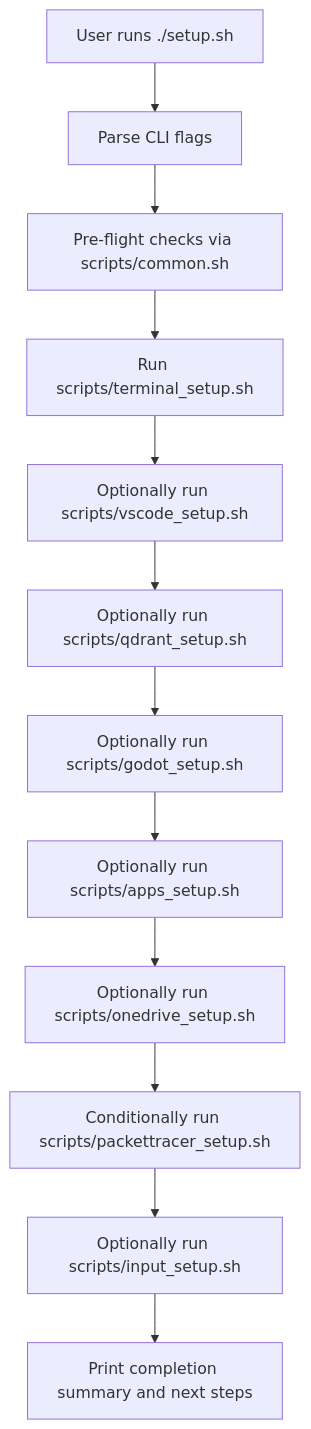
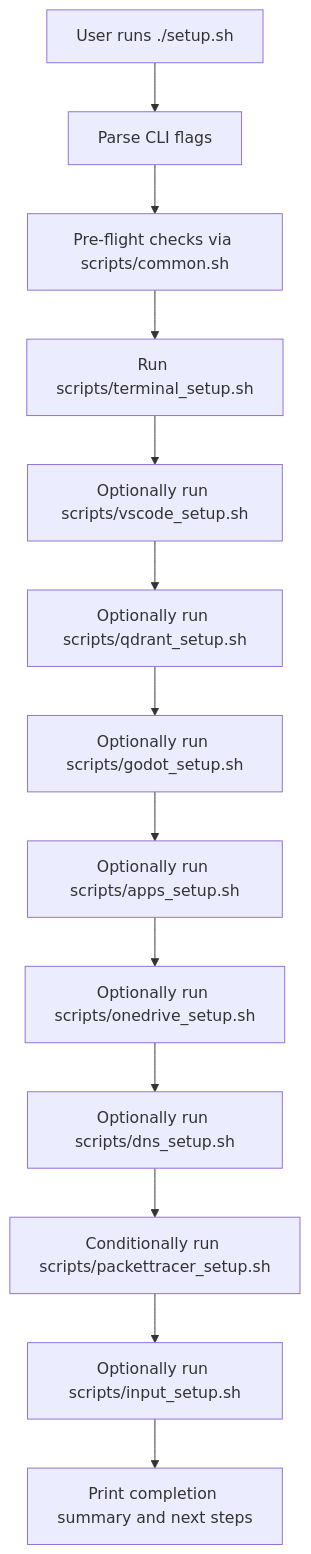
The diagram in .kilocode/rules/memory-bank/architecture.md (haingt-dev/workstation-setup), drawn with Mermaid before and after one commit. The commit also changed other lines of this file and 2 other files, not shown here.

Commit message:
docs: update memory bank for DNS setup feature

````diff
--- a/.kilocode/rules/memory-bank/architecture.md
+++ b/.kilocode/rules/memory-bank/architecture.md
@@ -44,14 +45,15 @@
 ```mermaid
 flowchart TD
   A[User runs ./setup.sh] --> B[Parse CLI flags]
   B --> C[Pre-flight checks via scripts/common.sh]
   C --> D[Run scripts/terminal_setup.sh]
   D --> E[Optionally run scripts/vscode_setup.sh]
   E --> F[Optionally run scripts/qdrant_setup.sh]
   F --> G[Optionally run scripts/godot_setup.sh]
   G --> H[Optionally run scripts/apps_setup.sh]
   H --> I[Optionally run scripts/onedrive_setup.sh]
-  I --> J[Conditionally run scripts/packettracer_setup.sh]
-  J --> K[Optionally run scripts/input_setup.sh]
-  K --> M[Print completion summary and next steps]
+  I --> J[Optionally run scripts/dns_setup.sh]
+  J --> K[Conditionally run scripts/packettracer_setup.sh]
+  K --> L[Optionally run scripts/input_setup.sh]
+  L --> M[Print completion summary and next steps]
 ```
````
